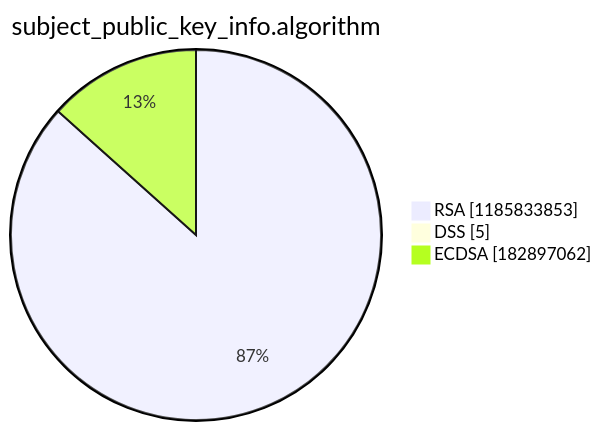
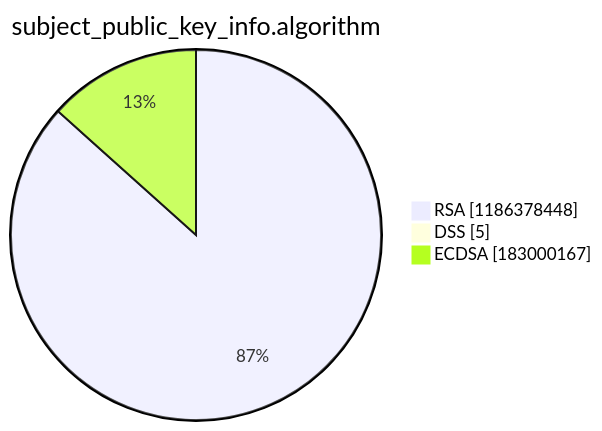
One commit to christiankrug/ctmonitor_visualization changed the third of 15 diagrams in argon2022/README.md. Above: the diagram before and after it, drawn with Mermaid. The commit also changed other lines of this file, not shown here.

````diff
--- a/argon2022/README.md
+++ b/argon2022/README.md
@@ -14,7 +14,7 @@
 ```mermaid
 pie showData
 title subject_public_key_info.algorithm
-"RSA" :1185833853
+"RSA" :1186378448
 "DSS" :5
-"ECDSA" :182897062
+"ECDSA" :183000167
 ```
````
